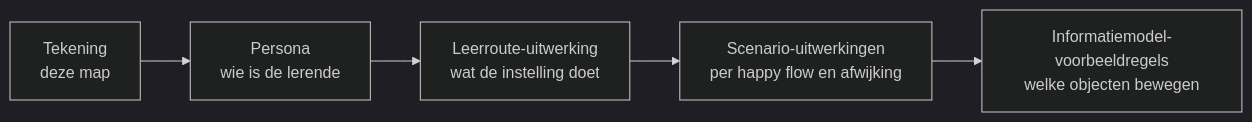
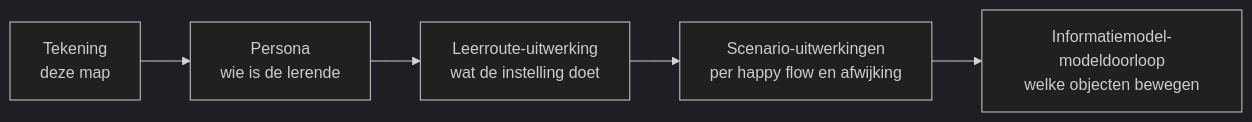
Before and after one commit to Npuls-OKx/meta: the diagram in architecture/docs/specificatie/leerroute-uitwerking/img/README.md, drawn with Mermaid (dark theme). The commit also changed other lines of this file and 33 other files, not shown here.

First line of the commit message:
Modeldoorloop: de voorbeeldregels heten OKx modeldoorloop, met een doorloopstap per stap

````diff
--- a/architecture/docs/specificatie/leerroute-uitwerking/img/README.md
+++ b/architecture/docs/specificatie/leerroute-uitwerking/img/README.md
@@ -25,7 +25,7 @@
 ```mermaid
 flowchart LR
   T["Tekening<br/>deze map"] --> P["Persona<br/>wie is de lerende"]
   P --> U["Leerroute-uitwerking<br/>wat de instelling doet"]
   U --> S["Scenario-uitwerkingen<br/>per happy flow en afwijking"]
-  S --> V["Informatiemodel-voorbeeldregels<br/>welke objecten bewegen"]
+  S --> V["Informatiemodel-modeldoorloop<br/>welke objecten bewegen"]
 ```
````
